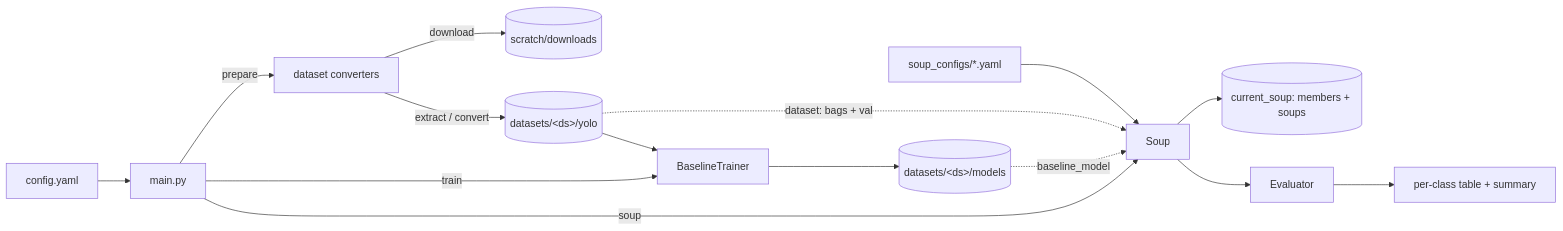
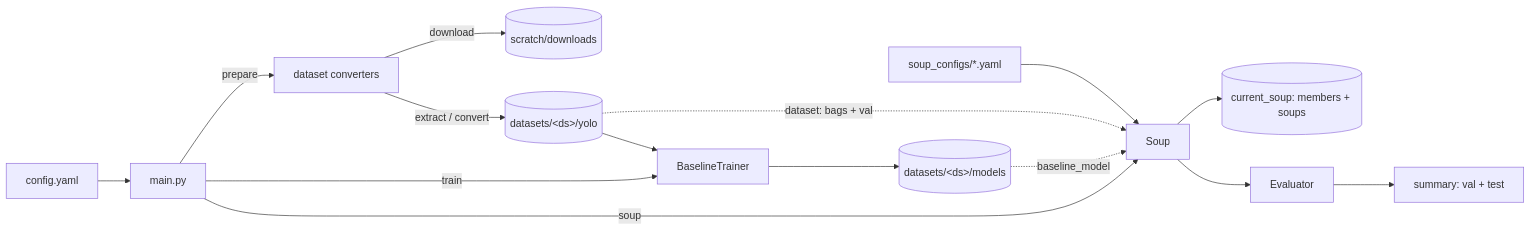
One commit to michael-mayo/model_soup changed the first of 2 diagrams in README.md. Above: the diagram before and after it, drawn with Mermaid. The commit also changed other lines of this file and 4 other files, not shown here.

Commit message:
added test results table to final output

````diff
--- a/README.md
+++ b/README.md
@@ -285,17 +304,17 @@
 ```mermaid
 flowchart LR
     CFG[config.yaml] --> MAIN[main.py]
     MAIN -- prepare --> DS[dataset converters]
     DS -- download --> DL[(scratch/downloads)]
     DS -- extract / convert --> YOLO[(datasets/&lt;ds&gt;/yolo)]
     MAIN -- train --> TR[BaselineTrainer]
     YOLO --> TR
     TR --> MODELS[(datasets/&lt;ds&gt;/models)]
     MAIN -- soup --> SOUP[Soup]
     MODELS -. baseline_model .-> SOUP
     YOLO -. dataset: bags + val .-> SOUP
     AUG[soup_configs/*.yaml] --> SOUP
     SOUP --> MEMBERS[(current_soup: members + soups)]
     SOUP --> EVAL[Evaluator]
-    EVAL --> TABLES[per-class table + summary]
+    EVAL --> TABLES[summary: val + test]
 ```
````
